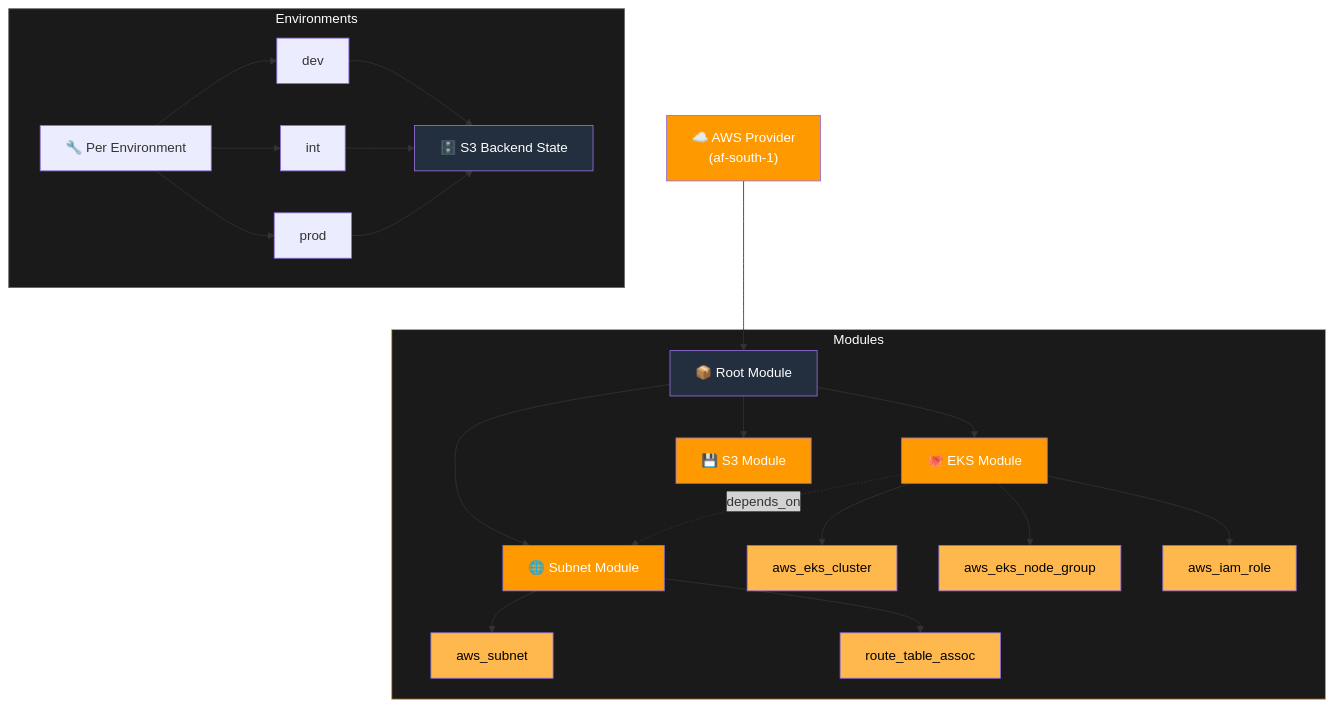
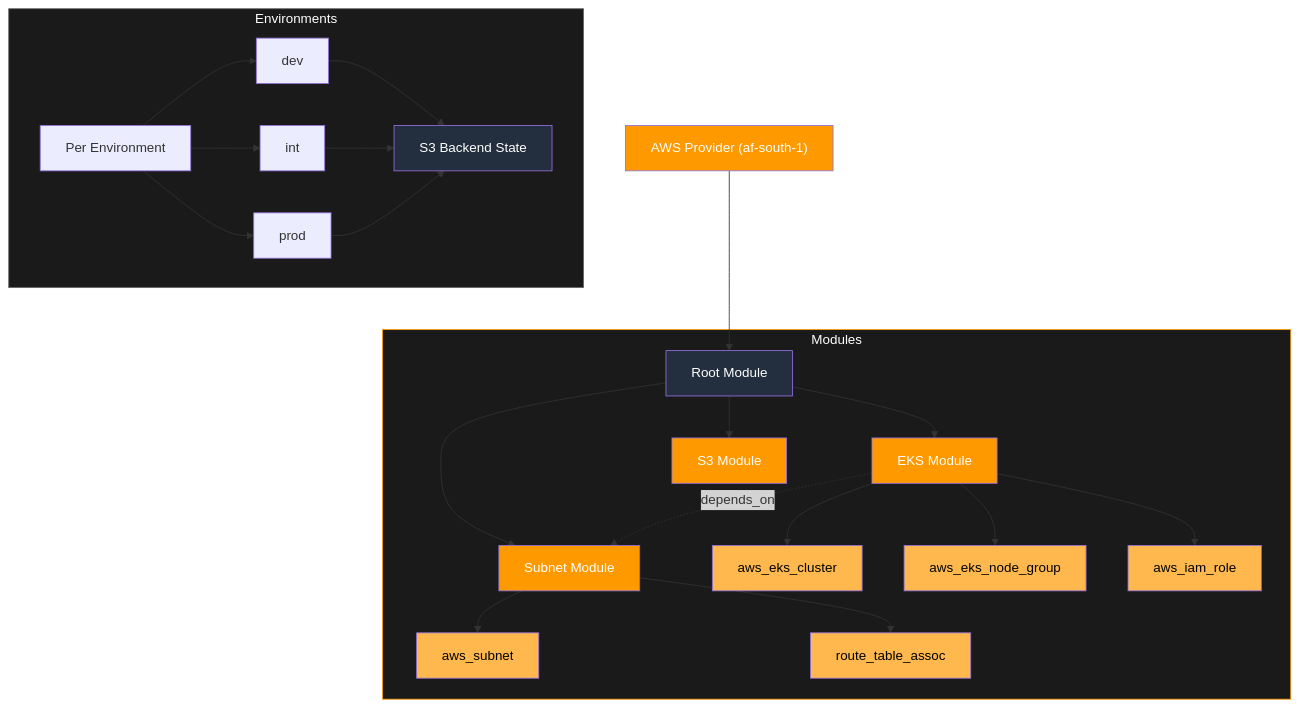
Before and after one commit to Kayla-LeeJ/capitec-terraform-project: the diagram in README.md, drawn with Mermaid. The commit also changed other lines of this file, not shown here.

````diff
--- a/README.md
+++ b/README.md
@@ -13,37 +13,37 @@
 ```mermaid
 graph TB
-    A["☁️ AWS Provider<br/>(af-south-1)"] --> B["📦 Root Module"]
+    A["AWS Provider (af-south-1)"] --> B["Root Module"]
 
     subgraph Modules[" Modules"]
-        B --> SN["🌐 Subnet Module"]
-        B --> EKS["🐙 EKS Module"]
-        B --> S3["💾 S3 Module"]
+        B --> SN["Subnet Module"]
+        B --> EKS["EKS Module"]
+        B --> S3["S3 Module"]
         SN --> SN1["aws_subnet"]
         SN --> SN2["route_table_assoc"]
         EKS --> EKS1["aws_eks_cluster"]
         EKS --> EKS2["aws_eks_node_group"]
         EKS --> EKS3["aws_iam_role"]
         EKS -. depends_on .-> SN
     end
 
-    subgraph Environments
-        C["🔧 Per Environment"] --> D["dev"]
+    subgraph Environments[" Environments"]
+        C["Per Environment"] --> D["dev"]
         C --> E["int"]
         C --> F["prod"]
-        D & E & F --> G["🗄️ S3 Backend State"]
+        D & E & F --> G["S3 Backend State"]
     end
 
     style A fill:#FF9900,color:#fff
     style B fill:#232F3E,color:#fff
     style SN fill:#FF9900,color:#fff
     style EKS fill:#FF9900,color:#fff
     style S3 fill:#FF9900,color:#fff
     style SN1 fill:#FFB84D,color:#000
     style SN2 fill:#FFB84D,color:#000
     style EKS1 fill:#FFB84D,color:#000
     style EKS2 fill:#FFB84D,color:#000
     style EKS3 fill:#FFB84D,color:#000
     style G fill:#232F3E,color:#fff
     style Modules fill:#1a1a1a,color:#fff,stroke:#FF9900
     style Environments fill:#1a1a1a,color:#fff,stroke:#666
 ```
````
